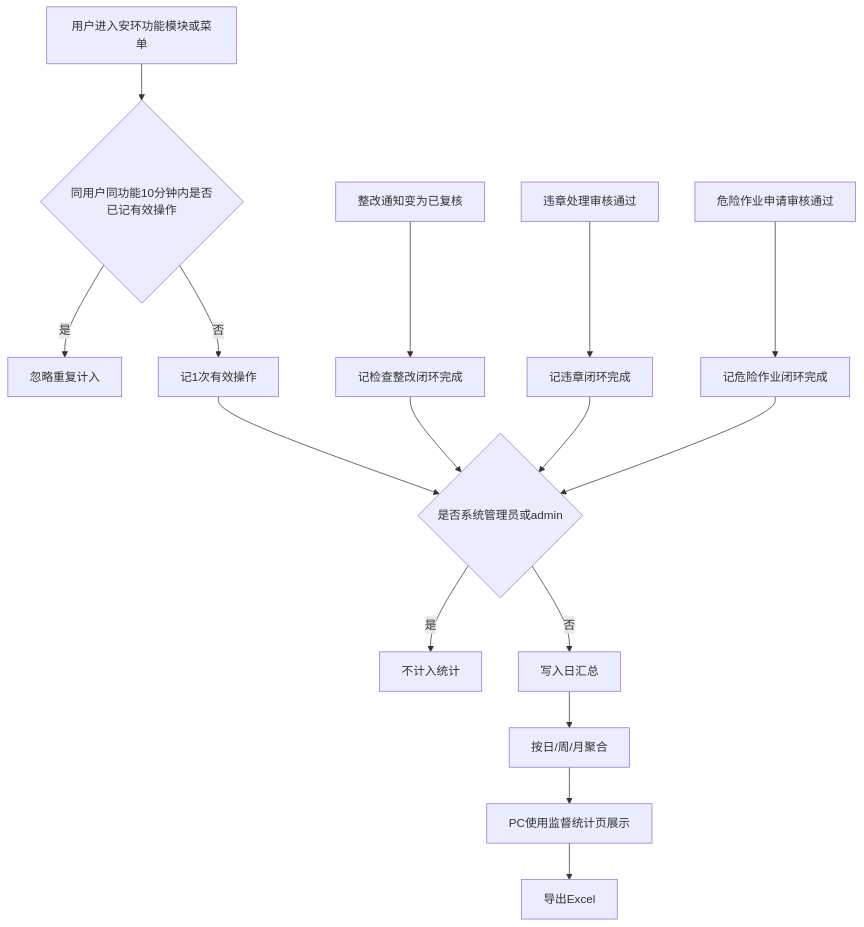
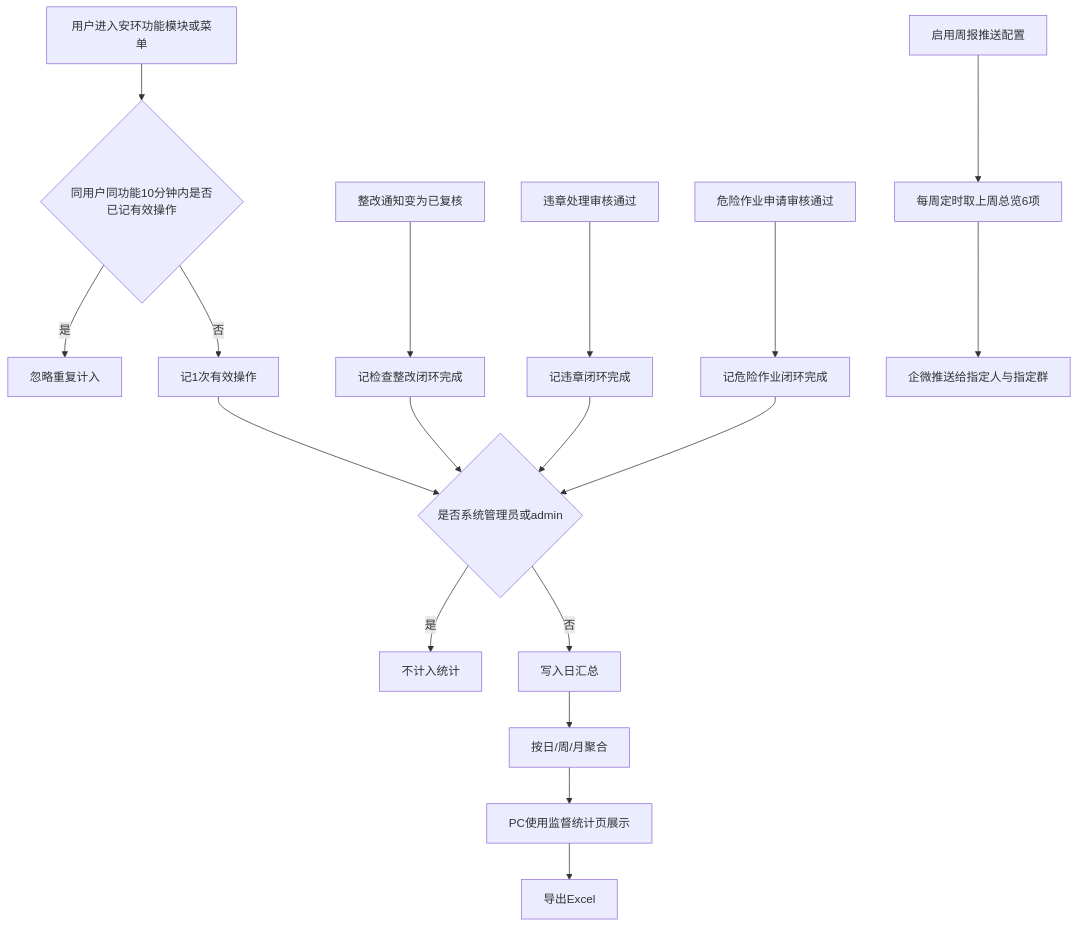
Before and after one commit to liaoliao66/SES: the first of 11 diagrams in docs/versions/v1.1.0/prd.md, drawn with Mermaid. The commit also changed other lines of this file and 19 other files, not shown here.

First line of the commit message:
feat: v1.1.0 企微首页/危险作业/防堆砌，重要通知配图与推群，基础配置推送设置

````diff
--- a/docs/versions/v1.1.0/prd.md
+++ b/docs/versions/v1.1.0/prd.md
@@ -142,18 +153,20 @@
 ```mermaid
 flowchart TD
   A[用户进入安环功能模块或菜单] --> B{同用户同功能10分钟内是否已记有效操作}
   B -->|是| C[忽略重复计入]
   B -->|否| D[记1次有效操作]
   E[整改通知变为已复核] --> F[记检查整改闭环完成]
   G[违章处理审核通过] --> H[记违章闭环完成]
   I[危险作业申请审核通过] --> J[记危险作业闭环完成]
   D --> K{是否系统管理员或admin}
   F --> K
   H --> K
   J --> K
   K -->|是| L[不计入统计]
   K -->|否| M[写入日汇总]
   M --> N[按日/周/月聚合]
   N --> O[PC使用监督统计页展示]
   O --> P[导出Excel]
+  Q[启用周报推送配置] --> R[每周定时取上周总览6项]
+  R --> S[企微推送给指定人与指定群]
 ```
````
